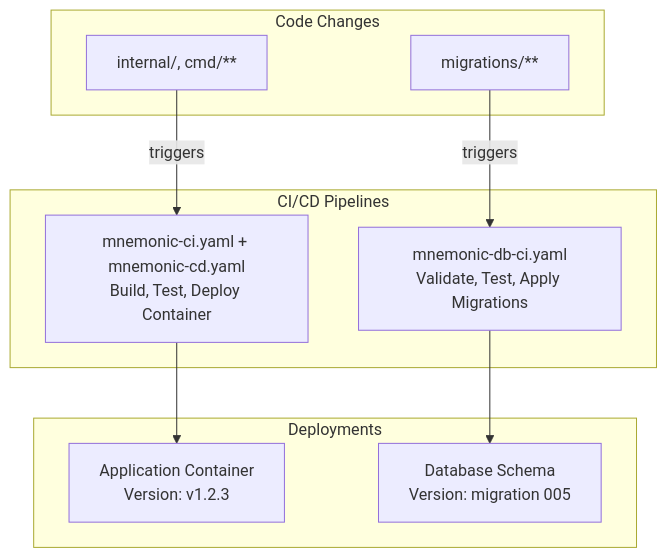
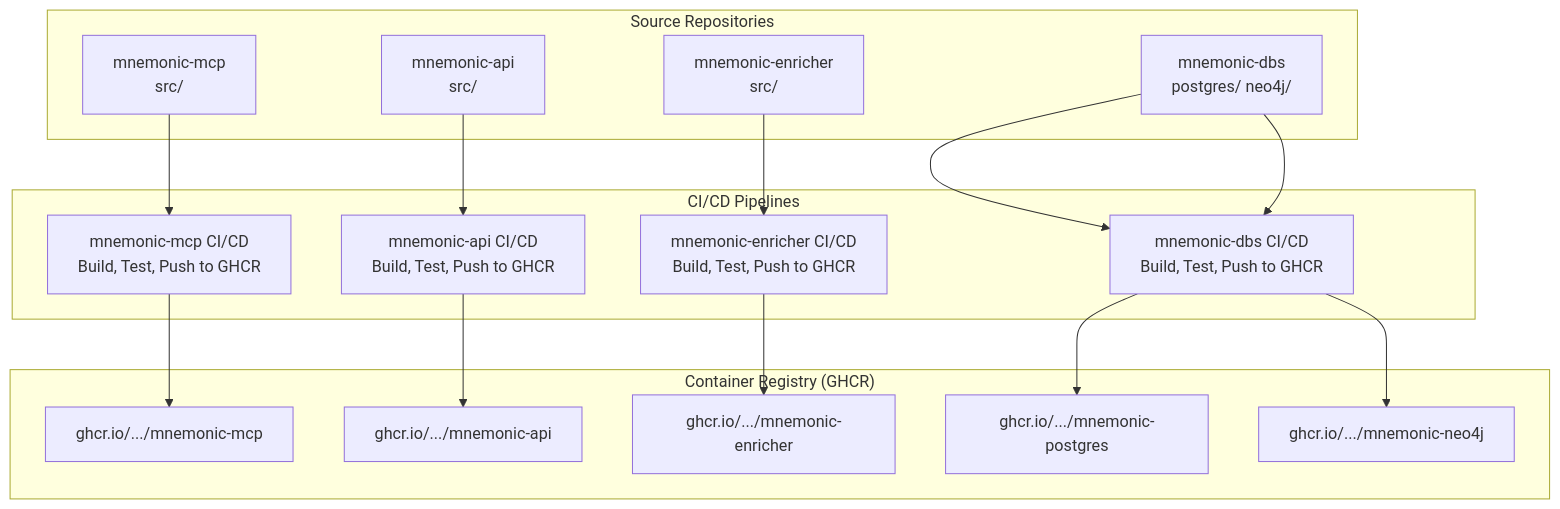
Before and after one commit to twistingmercury/mnemonic-docs: the fifth of 5 diagrams in docs/architecture/system/06-deployment-architecture.md, drawn with Mermaid. The commit also changed other lines of this file, not shown here.

Commit message:
docs: rewrite deployment architecture for MVP 2 multi-service topology

````diff
--- a/docs/architecture/system/06-deployment-architecture.md
+++ b/docs/architecture/system/06-deployment-architecture.md
@@ -202,22 +297,30 @@
 ```mermaid
 graph TB
-    subgraph "Code Changes"
-        APP_CODE[internal/, cmd/**]
-        DB_CODE[migrations/**]
+    subgraph "Source Repositories"
+        MCP_SRC[mnemonic-mcp<br/>src/]
+        API_SRC[mnemonic-api<br/>src/]
+        ENR_SRC[mnemonic-enricher<br/>src/]
+        DBS_SRC[mnemonic-dbs<br/>postgres/ neo4j/]
     end
 
     subgraph "CI/CD Pipelines"
-        APP_CI[mnemonic-ci.yaml + mnemonic-cd.yaml<br/>Build, Test, Deploy Container]
-        DB_CI[mnemonic-db-ci.yaml<br/>Validate, Test, Apply Migrations]
+        MCP_CI[mnemonic-mcp CI/CD<br/>Build, Test, Push to GHCR]
+        API_CI[mnemonic-api CI/CD<br/>Build, Test, Push to GHCR]
+        ENR_CI[mnemonic-enricher CI/CD<br/>Build, Test, Push to GHCR]
+        DBS_CI[mnemonic-dbs CI/CD<br/>Build, Test, Push to GHCR]
     end
 
-    subgraph "Deployments"
-        APP_DEPLOY[Application Container<br/>Version: v1.2.3]
-        DB_DEPLOY[Database Schema<br/>Version: migration 005]
+    subgraph "Container Registry (GHCR)"
+        MCP_IMG[ghcr.io/.../mnemonic-mcp]
+        API_IMG[ghcr.io/.../mnemonic-api]
+        ENR_IMG[ghcr.io/.../mnemonic-enricher]
+        PG_IMG[ghcr.io/.../mnemonic-postgres]
+        NEO_IMG[ghcr.io/.../mnemonic-neo4j]
     end
 
-    APP_CODE -->|triggers| APP_CI
-    DB_CODE -->|triggers| DB_CI
-    APP_CI --> APP_DEPLOY
-    DB_CI --> DB_DEPLOY
+    MCP_SRC --> MCP_CI --> MCP_IMG
+    API_SRC --> API_CI --> API_IMG
+    ENR_SRC --> ENR_CI --> ENR_IMG
+    DBS_SRC --> DBS_CI --> PG_IMG
+    DBS_SRC --> DBS_CI --> NEO_IMG
 ```
````
